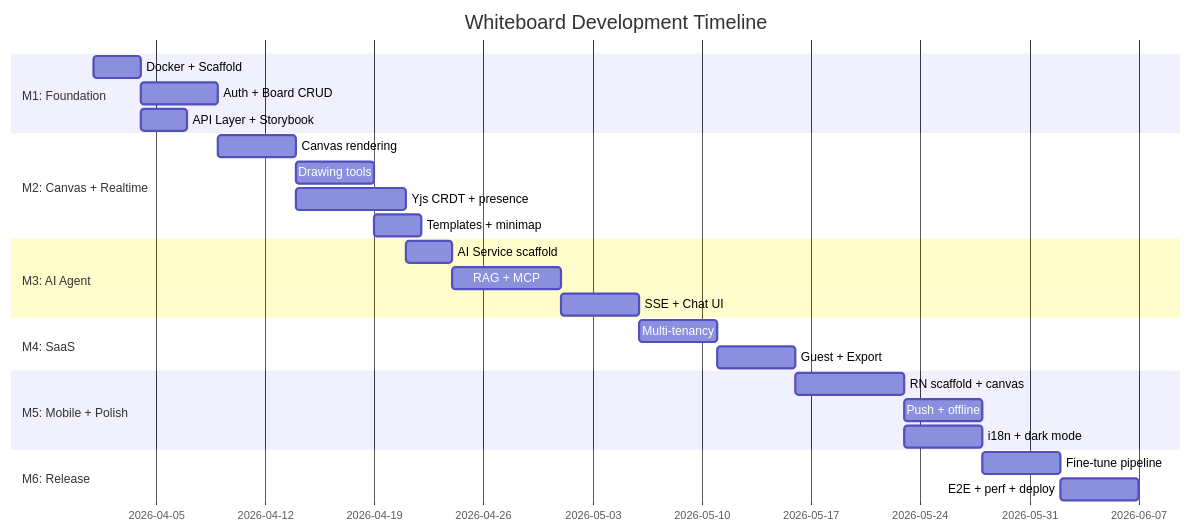
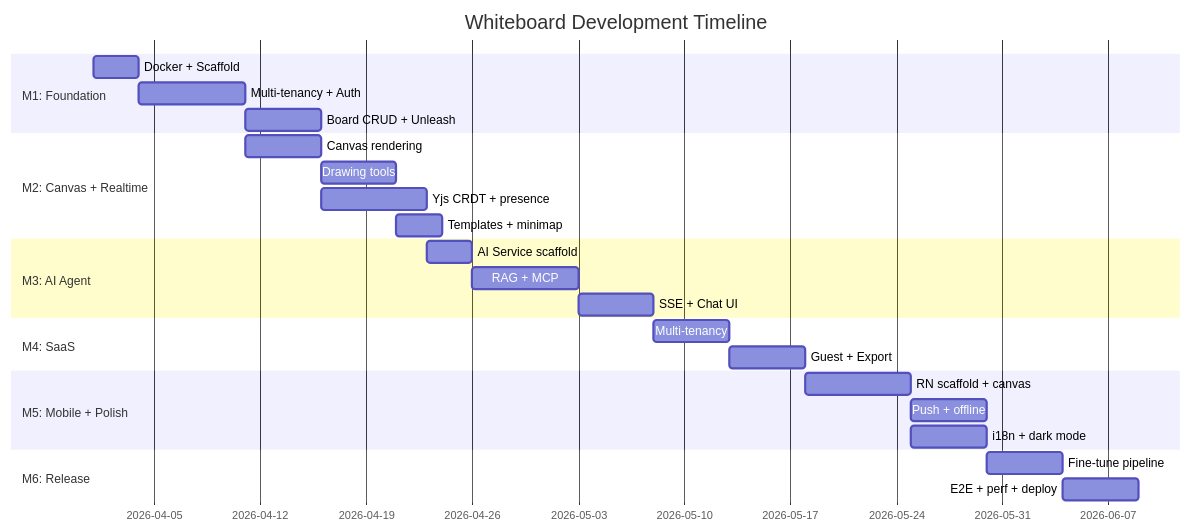
Before and after one commit to Eyolf6Coyote7/Eyolf6Coyote7: the diagram in realtime_ai_whiteboard/docs/development_roadmap.md, drawn with Mermaid. The commit also changed other lines of this file, not shown here.

First line of the commit message:
🎨style#52: apply Gemini review fixes (3 items) for Whiteboard Roadmap

````diff
--- a/realtime_ai_whiteboard/docs/development_roadmap.md
+++ b/realtime_ai_whiteboard/docs/development_roadmap.md
@@ -166,28 +167,28 @@
 ```mermaid
 gantt
   title Whiteboard Development Timeline
   dateFormat YYYY-MM-DD
   section M1: Foundation
     Docker + Scaffold       :m1a, 2026-04-01, 3d
-    Auth + Board CRUD       :m1b, after m1a, 5d
-    API Layer + Storybook   :m1c, after m1a, 3d
+    Multi-tenancy + Auth    :m1b, after m1a, 7d
+    Board CRUD + Unleash    :m1c, after m1b, 5d
   section M2: Canvas + Realtime
     Canvas rendering        :m2a, after m1b, 5d
     Drawing tools           :m2b, after m2a, 5d
     Yjs CRDT + presence     :m2c, after m2a, 7d
     Templates + minimap     :m2d, after m2b, 3d
   section M3: AI Agent
     AI Service scaffold     :m3a, after m2c, 3d
     RAG + MCP               :m3b, after m3a, 7d
     SSE + Chat UI           :m3c, after m3b, 5d
   section M4: SaaS
     Multi-tenancy           :m4a, after m3c, 5d
     Guest + Export          :m4b, after m4a, 5d
   section M5: Mobile + Polish
     RN scaffold + canvas    :m5a, after m4b, 7d
     Push + offline          :m5b, after m5a, 5d
     i18n + dark mode        :m5c, after m5a, 5d
   section M6: Release
     Fine-tune pipeline      :m6a, after m5b, 5d
     E2E + perf + deploy     :m6b, after m6a, 5d
 ```
````
